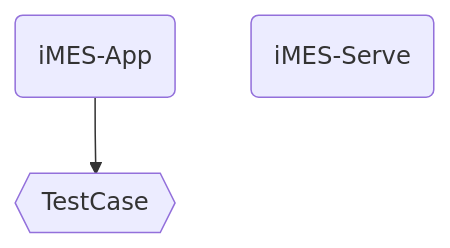
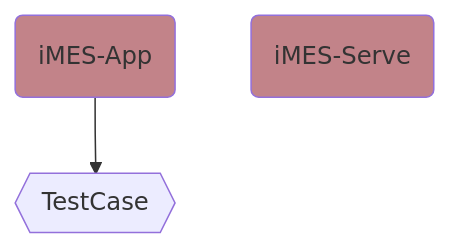
Before and after one commit to i-MES/iMES-doc: the second of 2 diagrams in docs/user-guide/intro.md, drawn with Mermaid. The commit also changed other lines of this file and 8 other files, not shown here.

````diff
--- a/docs/user-guide/intro.md
+++ b/docs/user-guide/intro.md
@@ -33,8 +53,11 @@
 ```mermaid
 flowchart TB
   app(iMES-App)
   ser(iMES-Serve)
   tc{{TestCase}}
 
+  style app fill:#c28389
+  style ser fill:#c28389
+
   app --> tc
 ```
````
